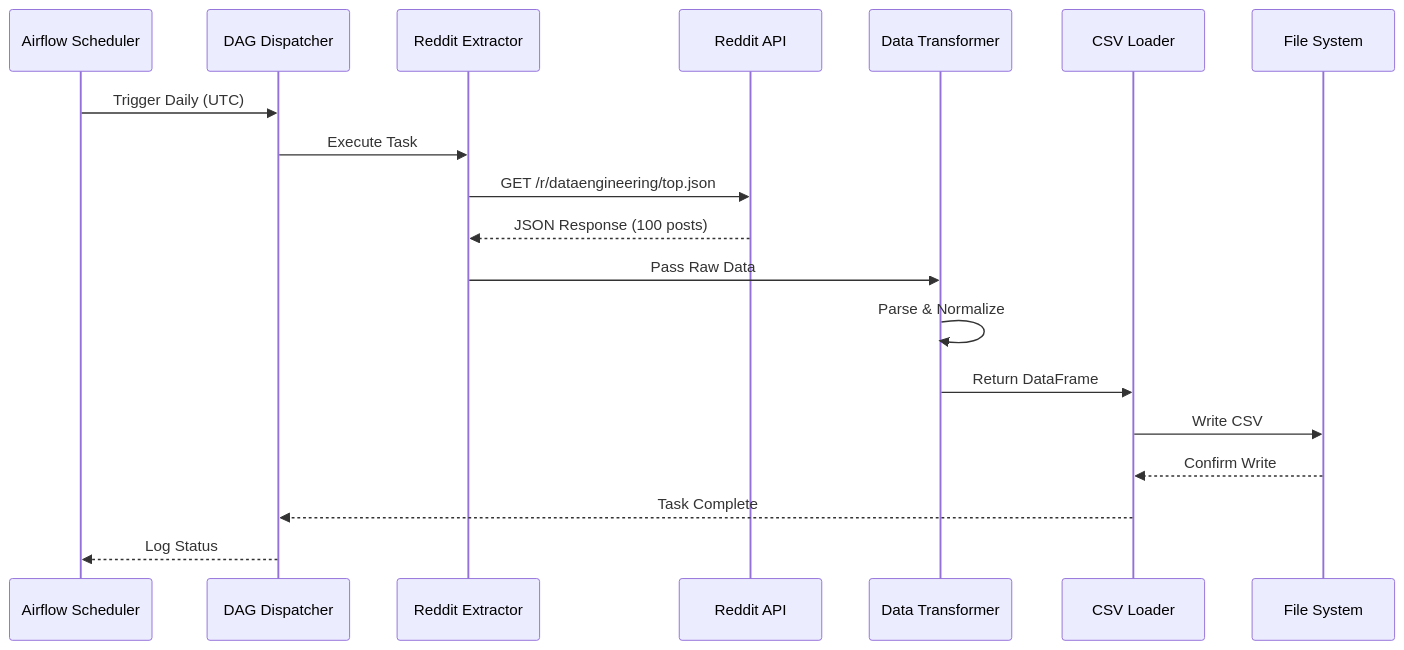
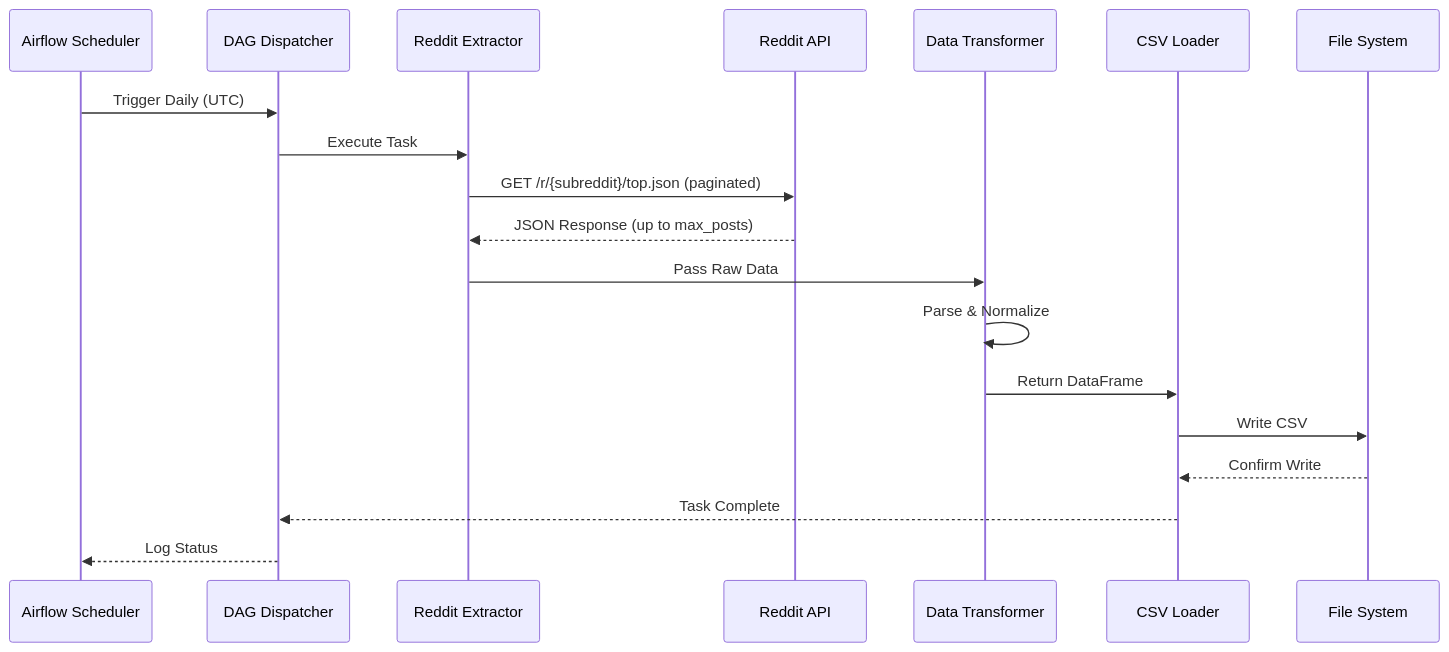
The second of 2 diagrams in README.md (OmarJebbari/Reddit-Airflow-ETL-pipeline), drawn with Mermaid before and after one commit. The commit also changed other lines of this file, not shown here.

````diff
--- a/README.md
+++ b/README.md
@@ -76,22 +76,22 @@
 ```mermaid
 sequenceDiagram
     participant Scheduler as Airflow Scheduler
     participant DAG as DAG Dispatcher
     participant Extractor as Reddit Extractor
     participant Reddit as Reddit API
     participant Transformer as Data Transformer
     participant Loader as CSV Loader
     participant FileSystem as File System
     
     Scheduler->>DAG: Trigger Daily (UTC)
     DAG->>Extractor: Execute Task
-    Extractor->>Reddit: GET /r/dataengineering/top.json
-    Reddit-->>Extractor: JSON Response (100 posts)
+    Extractor->>Reddit: GET /r/{subreddit}/top.json (paginated)
+    Reddit-->>Extractor: JSON Response (up to max_posts)
     Extractor->>Transformer: Pass Raw Data
     Transformer->>Transformer: Parse & Normalize
     Transformer->>Loader: Return DataFrame
     Loader->>FileSystem: Write CSV
     FileSystem-->>Loader: Confirm Write
     Loader-->>DAG: Task Complete
     DAG-->>Scheduler: Log Status
 ```
````
